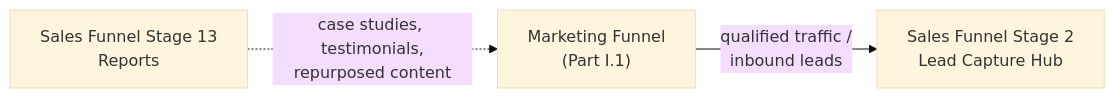
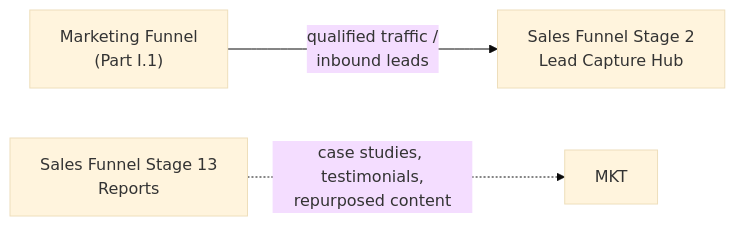
One commit to nivyindia/Public_Workspace changed the third of 3 diagrams in Growth-Engine/Automation/Growth-Engine-Unified-Automation-Blueprint.md. Above: the diagram before and after it, drawn with Mermaid (base theme). The commit also changed other lines of this file, not shown here.

````diff
--- a/Growth-Engine/Automation/Growth-Engine-Unified-Automation-Blueprint.md
+++ b/Growth-Engine/Automation/Growth-Engine-Unified-Automation-Blueprint.md
@@ -70,5 +126,5 @@
 ```mermaid
 flowchart LR
-    MKT["Marketing Funnel<br/>(Part I.1)"] -->|"qualified traffic /<br/>inbound leads"| SF2["Sales Funnel Stage 2<br/>Lead Capture Hub"]
-    SF13["Sales Funnel Stage 13<br/>Reports"] -.->|"case studies, testimonials,<br/>repurposed content"| MKT
+    MKT\["Marketing Funnel<br/>(Part I.1)"] -->|"qualified traffic /<br/>inbound leads"| SF2\["Sales Funnel Stage 2<br/>Lead Capture Hub"]
+    SF13\["Sales Funnel Stage 13<br/>Reports"] -.->|"case studies, testimonials,<br/>repurposed content"| MKT
 ```
````
